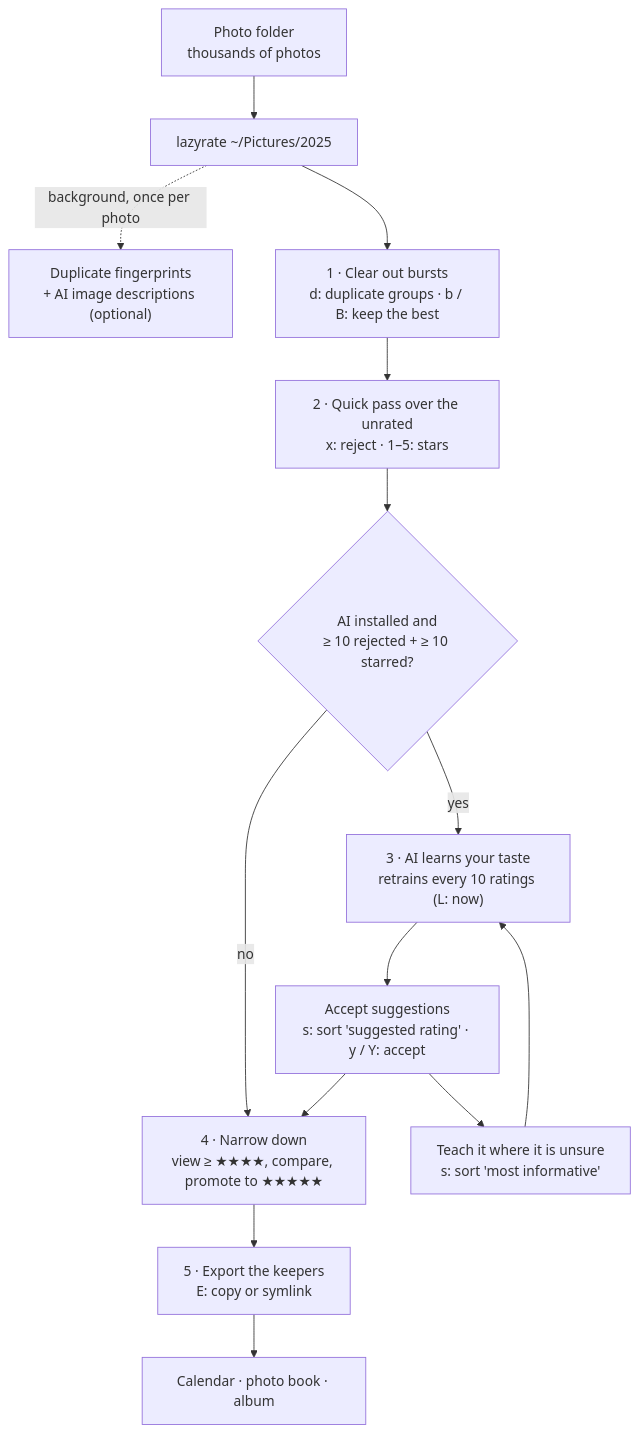
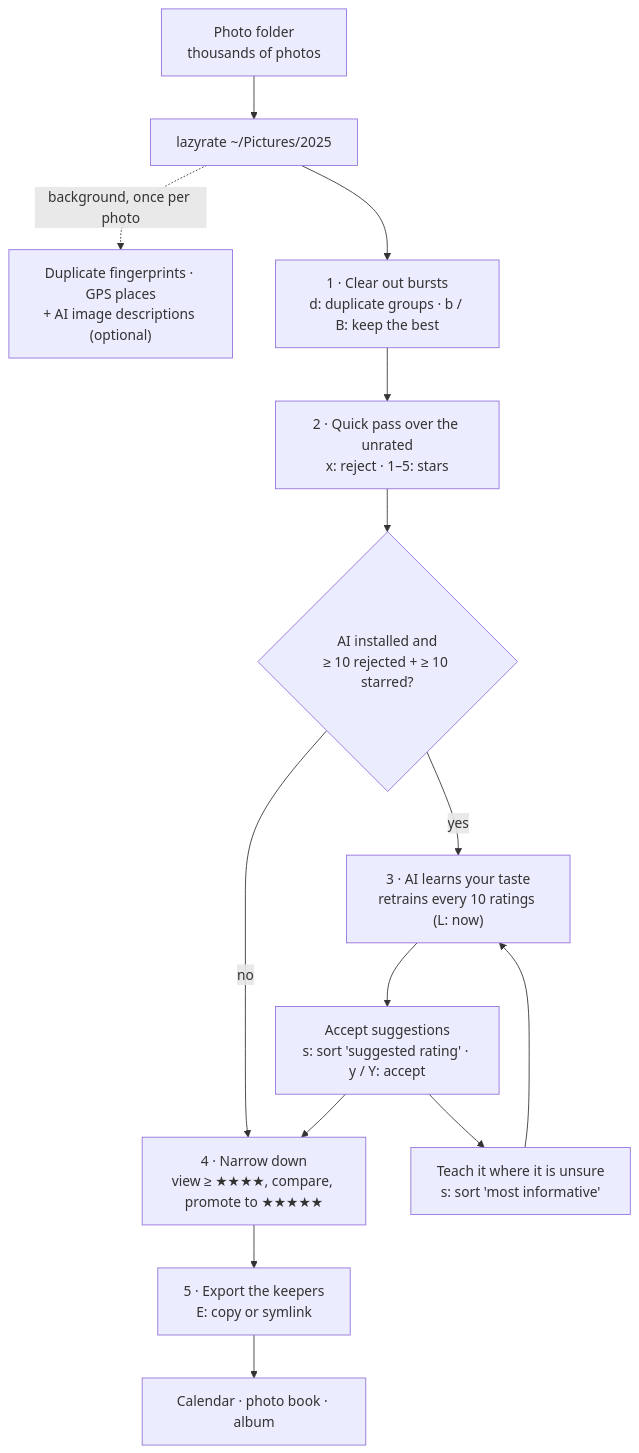
Before and after one commit to wrichert/imgrate: the diagram in README.md, drawn with Mermaid. The commit also changed other lines of this file and 20 other files, not shown here.

First line of the commit message:
Places and maps: GPS search, place sort, offline and browser maps

````diff
--- a/README.md
+++ b/README.md
@@ -36,16 +40,16 @@
 ```mermaid
 flowchart TD
     folder["Photo folder<br/>thousands of photos"] --> start["lazyrate ~/Pictures/2025"]
-    start -. "background, once per photo" .-> index["Duplicate fingerprints<br/>+ AI image descriptions (optional)"]
+    start -. "background, once per photo" .-> index["Duplicate fingerprints · GPS places<br/>+ AI image descriptions (optional)"]
     start --> dupes["1 · Clear out bursts<br/>d: duplicate groups · b / B: keep the best"]
     dupes --> pass["2 · Quick pass over the unrated<br/>x: reject · 1–5: stars"]
     pass --> enough{"AI installed and<br/>≥ 10 rejected + ≥ 10 starred?"}
     enough -- "no" --> narrow
     enough -- "yes" --> learn["3 · AI learns your taste<br/>retrains every 10 ratings (L: now)"]
     learn --> accept["Accept suggestions<br/>s: sort 'suggested rating' · y / Y: accept"]
     accept --> teach["Teach it where it is unsure<br/>s: sort 'most informative'"]
     teach --> learn
     accept --> narrow["4 · Narrow down<br/>view ≥ ★★★★, compare, promote to ★★★★★"]
     narrow --> export["5 · Export the keepers<br/>E: copy or symlink"]
     export --> result["Calendar · photo book · album"]
 ```
````
